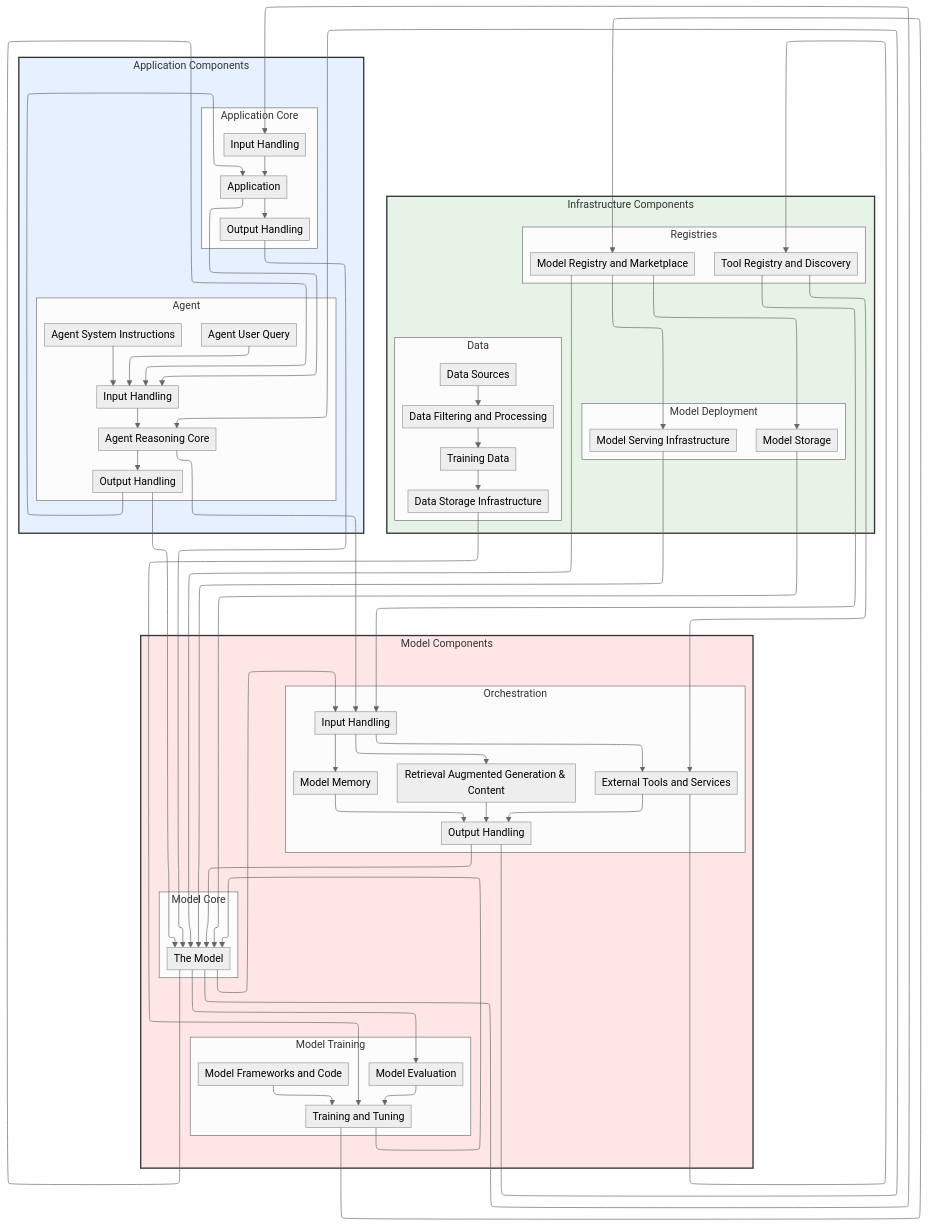
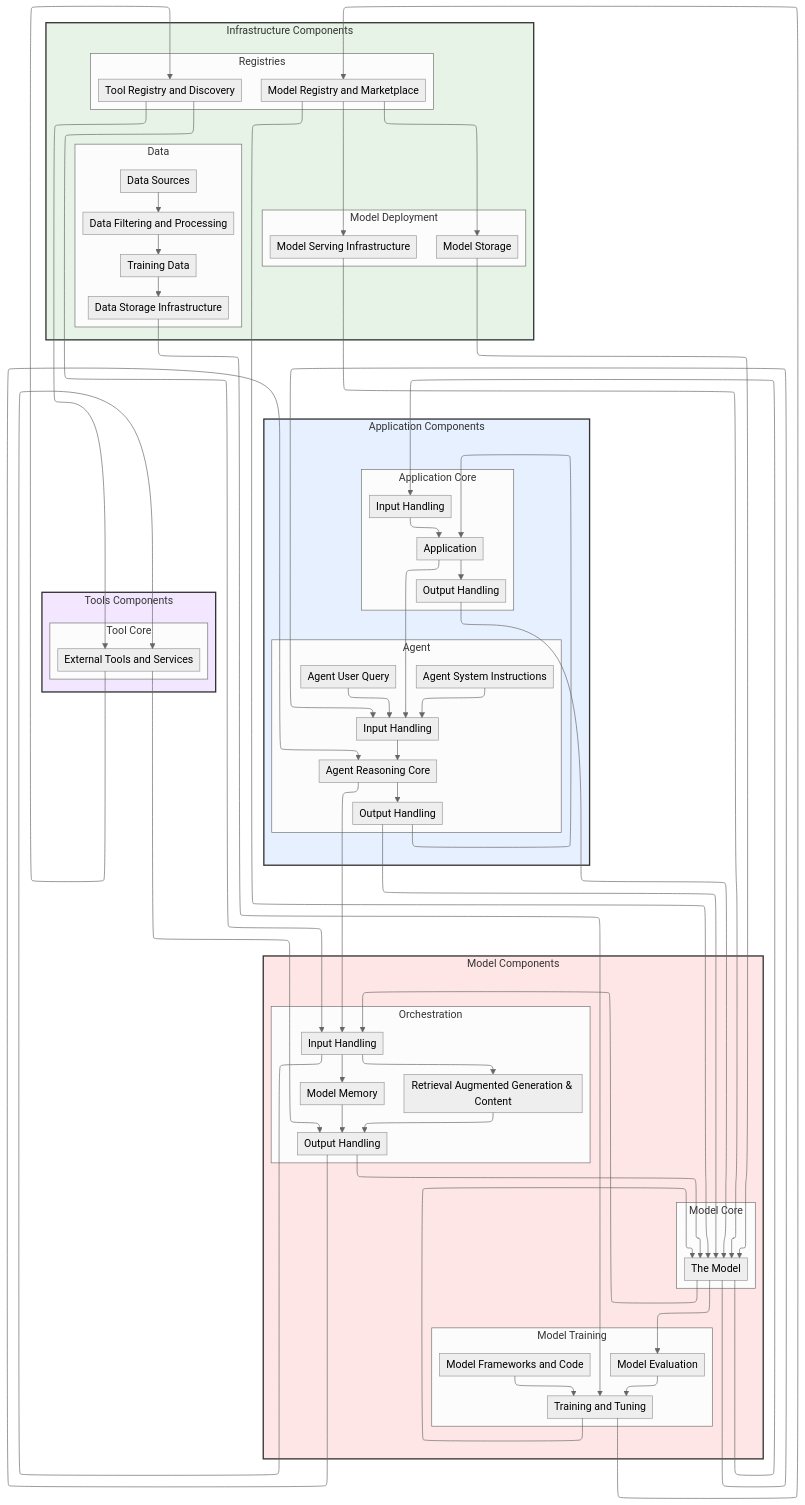
The diagram in risk-map/diagrams/risk-map-graph.md (davidlabianca/secure-ai-tooling), drawn with Mermaid (neutral theme) before and after one commit. The commit also changed 29 other files, not shown here.

````diff
--- a/risk-map/diagrams/risk-map-graph.md
+++ b/risk-map/diagrams/risk-map-graph.md
@@ -43,7 +43,6 @@
             componentOrchestrationInputHandling[Input Handling]
             componentOrchestrationOutputHandling[Output Handling]
             componentRAGContent[Retrieval Augmented Generation & Content]
-            componentTools[External Tools and Services]
         end
     end
 
@@ -59,6 +58,12 @@
             componentAgentSystemInstruction[Agent System Instructions]
             componentAgentUserQuery[Agent User Query]
             componentReasoningCore[Agent Reasoning Core]
+        end
+    end
+
+    subgraph componentsTools ["Tools Components"]
+        subgraph componentsToolCore ["Tool Core"]
+            componentTools[External Tools and Services]
         end
     end
 
@@ -107,4 +112,5 @@
     style componentsInfrastructure fill:#e6f3e6,stroke:#333333,stroke-width:2px
     style componentsApplication fill:#e6f0ff,stroke:#333333,stroke-width:2px
     style componentsModel fill:#ffe6e6,stroke:#333333,stroke-width:2px
+    style componentsTools fill:#f3e6ff,stroke:#333333,stroke-width:2px
 ```
````
